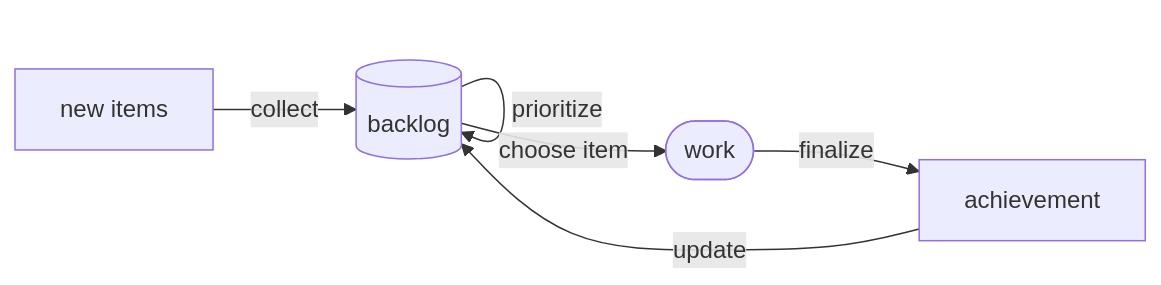
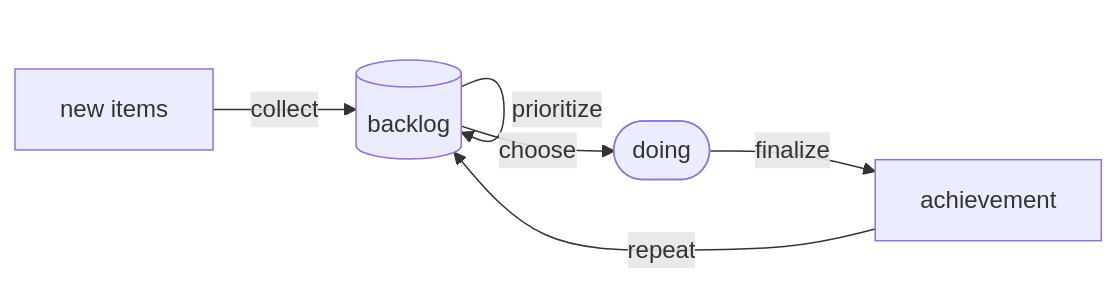
The diagram in pages/process.md (sourcefranke/learning-logs-presentation), drawn with Mermaid before and after one commit. The commit also changed 1 other file, not shown here.

Commit message:
progress

````diff
--- a/pages/process.md
+++ b/pages/process.md
@@ -8,6 +8,6 @@
 ```mermaid {scale: 1.3}
 flowchart LR
     new[new items] -- collect --> b[(backlog)]
-    -- prioritize --> b -- choose item -->
-    w([work]) -- finalize --> achievement -- update --> b
+    -- prioritize --> b -- choose -->
+    w([doing]) -- finalize --> achievement -- repeat --> b
 ```
````
